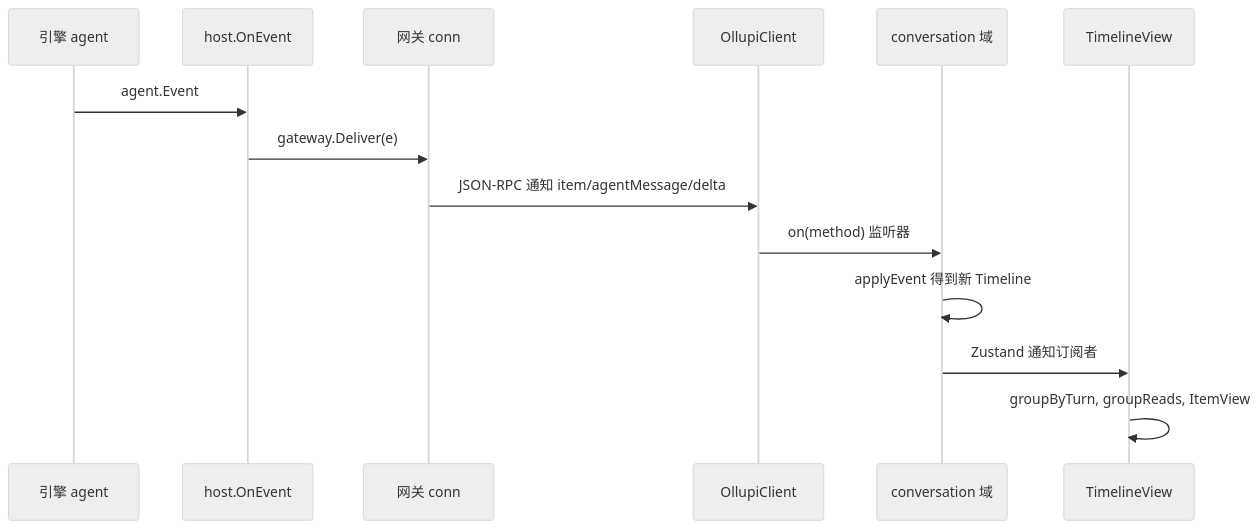
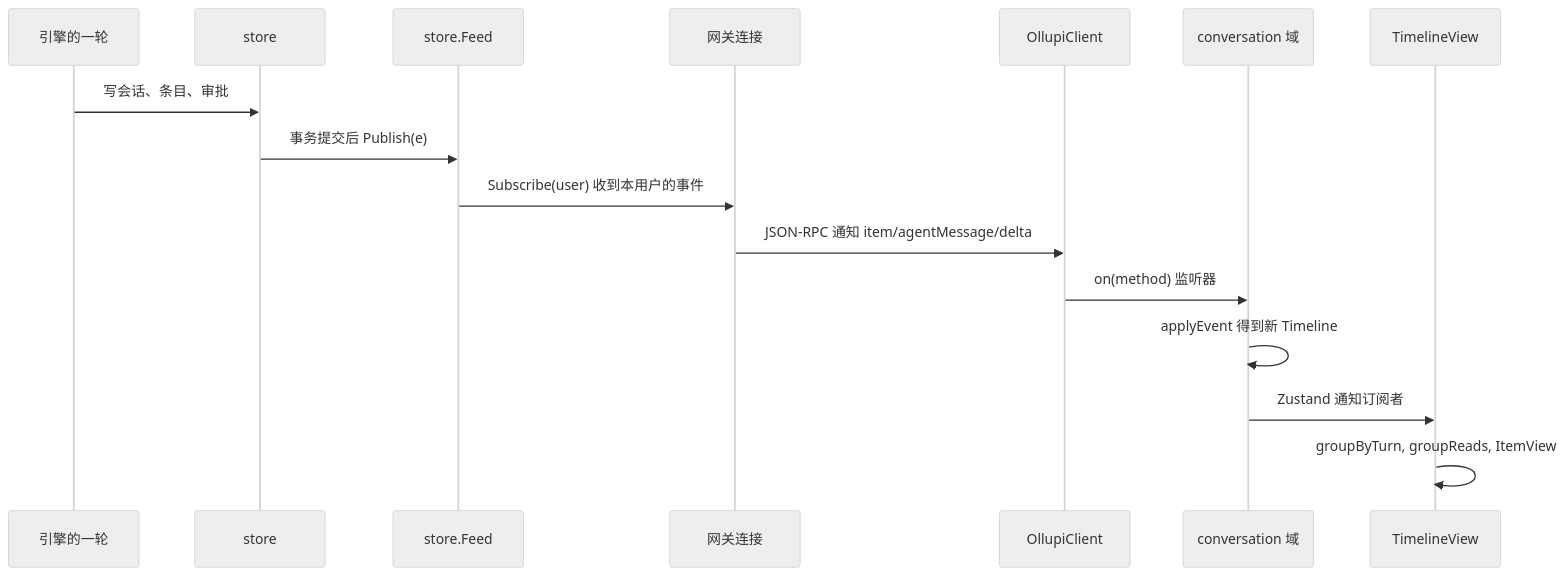
The third of 3 diagrams in docs/zh/desktop/architecture.md (0xfakeSpike/ollupi-docs), drawn with Mermaid (neutral theme) before and after one commit. The commit also changed other lines of this file and 67 other files, not shown here.

````diff
--- a/docs/zh/desktop/architecture.md
+++ b/docs/zh/desktop/architecture.md
@@ -65,16 +65,18 @@
 ```mermaid
 sequenceDiagram
-  participant A as 引擎 agent
-  participant H as host.OnEvent
-  participant W as 网关 conn
+  participant A as 引擎的一轮
+  participant S as store
+  participant F as store.Feed
+  participant W as 网关连接
   participant C as OllupiClient
   participant D as conversation 域
   participant V as TimelineView
-  A->>H: agent.Event
-  H->>W: gateway.Deliver(e)
+  A->>S: 写会话、条目、审批
+  S->>F: 事务提交后 Publish(e)
+  F->>W: Subscribe(user) 收到本用户的事件
   W->>C: JSON-RPC 通知 item/agentMessage/delta
   C->>D: on(method) 监听器
   D->>D: applyEvent 得到新 Timeline
   D->>V: Zustand 通知订阅者
   V->>V: groupByTurn, groupReads, ItemView
 ```
````
